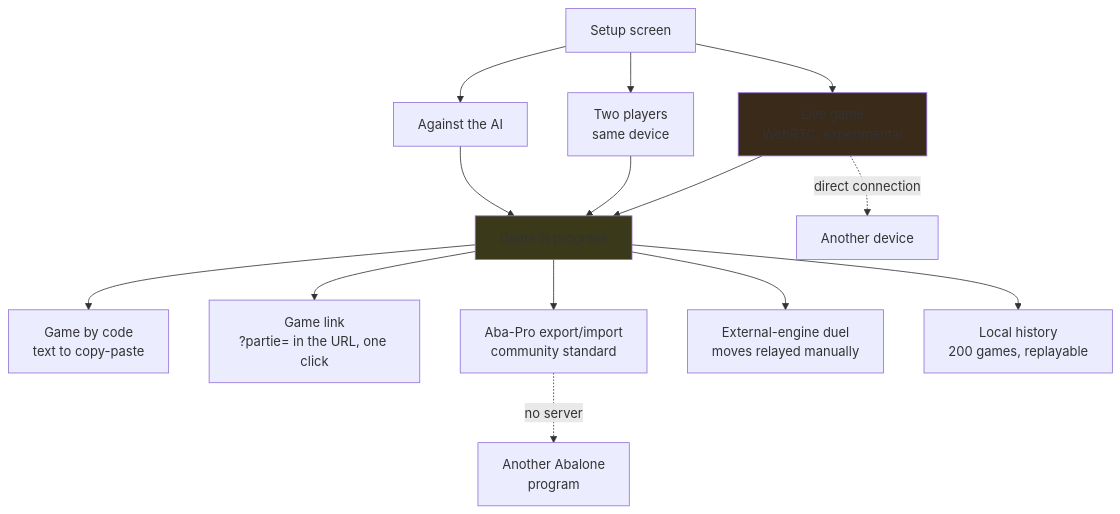
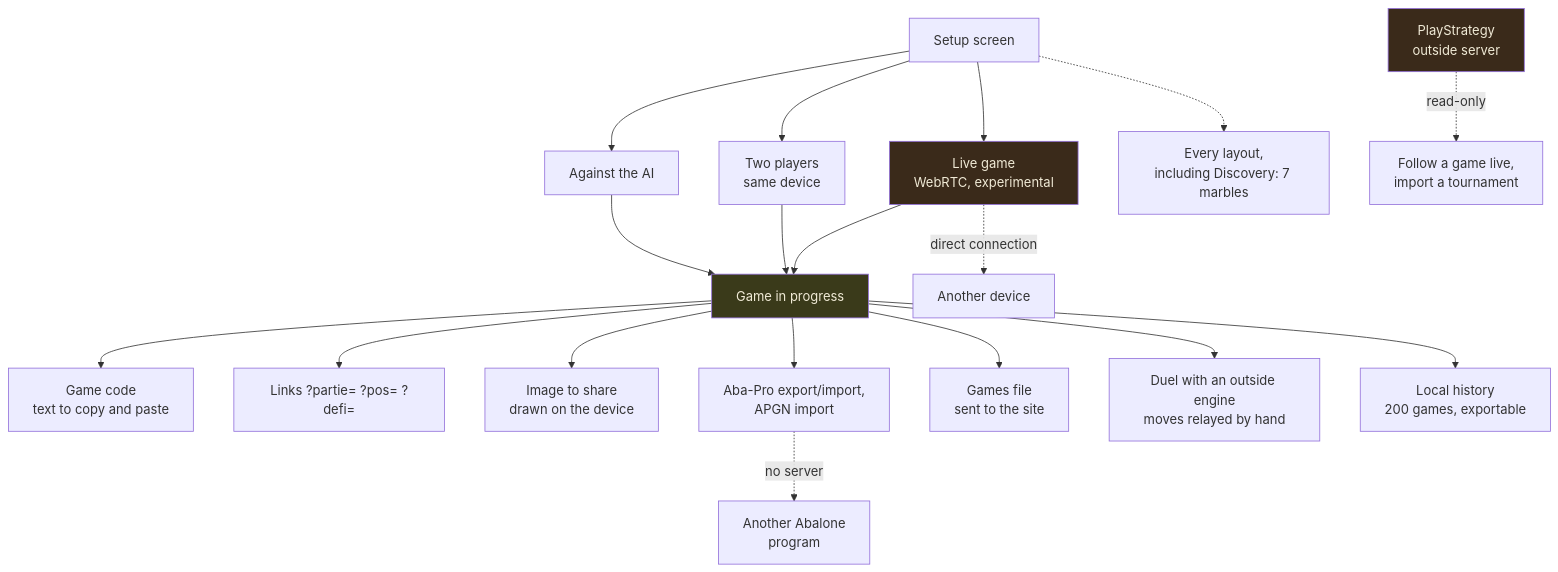
One commit to ocj94/Abalassembly changed the third of 3 diagrams in docs-en/Architecture.en.md. Above: the diagram before and after it, drawn with Mermaid. The commit also changed other lines of this file and 17 other files, not shown here.

First line of the commit message:
v2.66 : la page Architecture remise a jour -- verifiee contre le code (elle datait de la v2.39), lisible sur telephone, en anglais

````diff
--- a/docs-en/Architecture.en.md
+++ b/docs-en/Architecture.en.md
@@ -78,22 +96,27 @@
 ```mermaid
 flowchart TD
     M[Setup screen] --> A1[Against the AI]
     M --> A2[Two players<br/>same device]
     M --> A3[Live game<br/>WebRTC, experimental]
+    M -.-> V[Every layout,<br/>including Discovery: 7 marbles]
 
     A1 --> G[Game in progress]
     A2 --> G
     A3 --> G
 
-    G --> X1[Game by code<br/>text to copy-paste]
-    G --> X1b[Game link<br/>?partie= in the URL, one click]
-    G --> X2[Aba-Pro export/import<br/>community standard]
-    G --> X3[External-engine duel<br/>moves relayed manually]
-    G --> X4[Local history<br/>200 games, replayable]
+    G --> X1[Game code<br/>text to copy and paste]
+    G --> X1b[Links ?partie= ?pos= ?defi=]
+    G --> X1c[Image to share<br/>drawn on the device]
+    G --> X2[Aba-Pro export/import,<br/>APGN import]
+    G --> X2b[Games file<br/>sent to the site]
+    G --> X3[Duel with an outside engine<br/>moves relayed by hand]
+    G --> X4[Local history<br/>200 games, exportable]
 
     X2 -.->|no server| EXT[Another Abalone<br/>program]
     A3 -.->|direct connection| P2[Another device]
+    PS[PlayStrategy<br/>outside server] -.->|read-only| G2[Follow a game live,<br/>import a tournament]
 
-    style G fill:#3a3a1a
-    style A3 fill:#3a2a1a
+    style G fill:#3a3a1a,color:#f0ead6
+    style A3 fill:#3a2a1a,color:#f0ead6
+    style PS fill:#3a2a1a,color:#f0ead6
 ```
````
